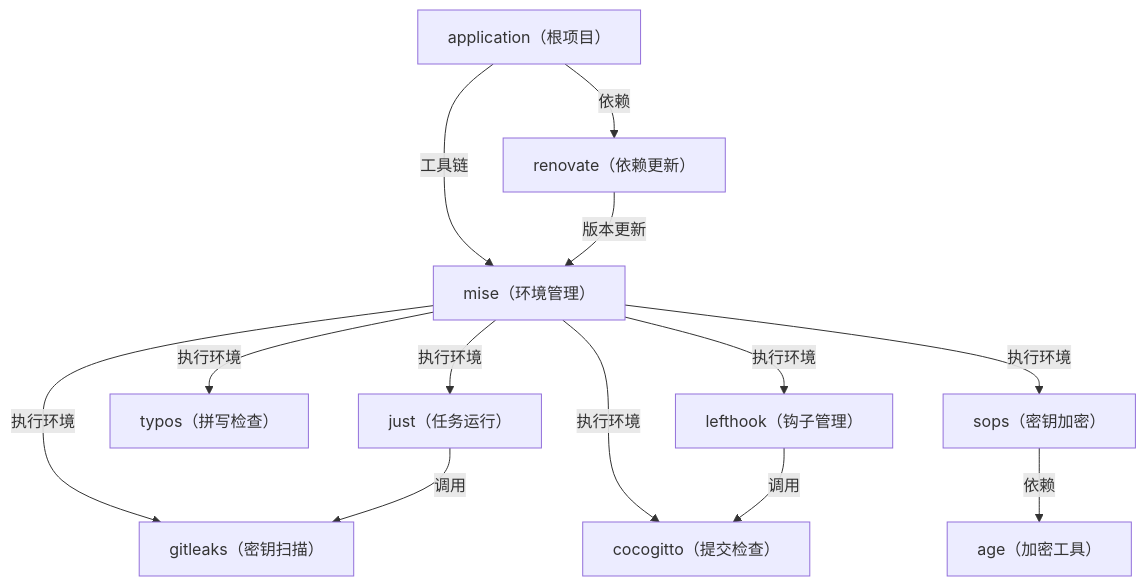
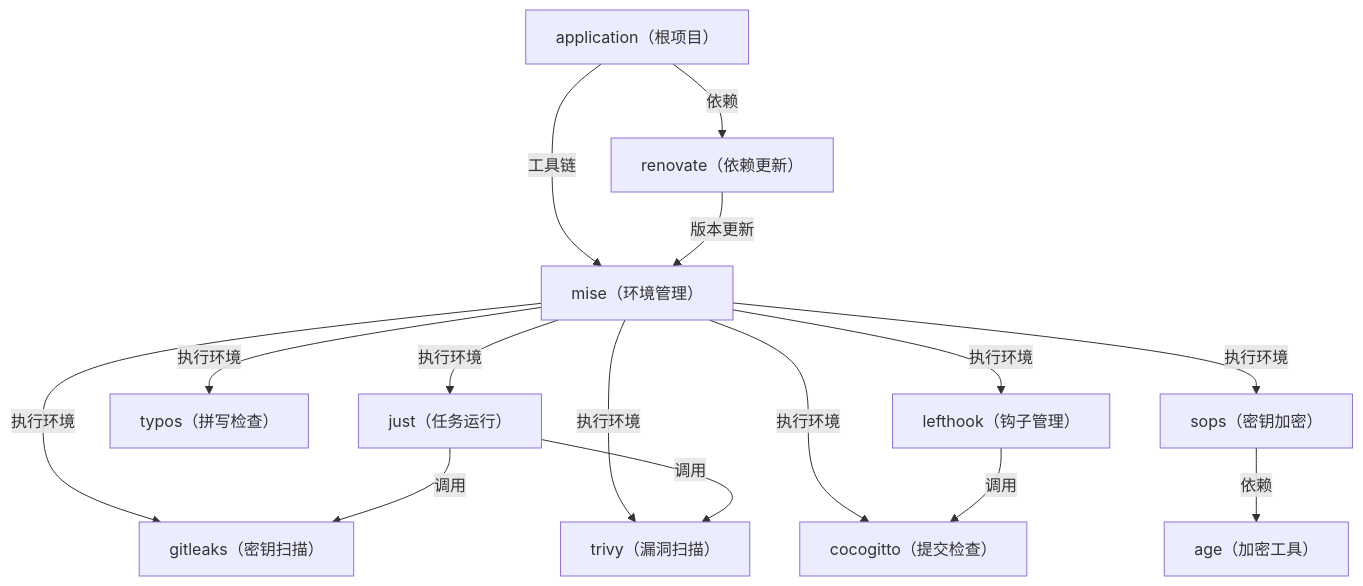
One commit to sweets-wtt/application changed the diagram in README.md. Above: the diagram before and after it, drawn with Mermaid. The commit also changed 3 other files, not shown here.

````diff
--- a/README.md
+++ b/README.md
@@ -10,16 +10,18 @@
 ```mermaid
 flowchart TD
     application["application（根项目）"]
     application -->|工具链| mise["mise（环境管理）"]
     mise -->|执行环境| just["just（任务运行）"]
     mise -->|执行环境| typos["typos（拼写检查）"]
     mise -->|执行环境| cocogitto["cocogitto（提交检查）"]
     mise -->|执行环境| lefthook["lefthook（钩子管理）"]
     lefthook -->|调用| cocogitto["cocogitto（提交检查）"]
     mise -->|执行环境| gitleaks["gitleaks（密钥扫描）"]
     just -->|调用| gitleaks["gitleaks（密钥扫描）"]
     application -->|依赖| renovate["renovate（依赖更新）"]
     renovate -->|版本更新| mise["mise（环境管理）"]
     mise -->|执行环境| sops["sops（密钥加密）"]
     sops -->|依赖| age["age（加密工具）"]
+    mise -->|执行环境| trivy["trivy（漏洞扫描）"]
+    just -->|调用| trivy["trivy（漏洞扫描）"]
 ```
````
